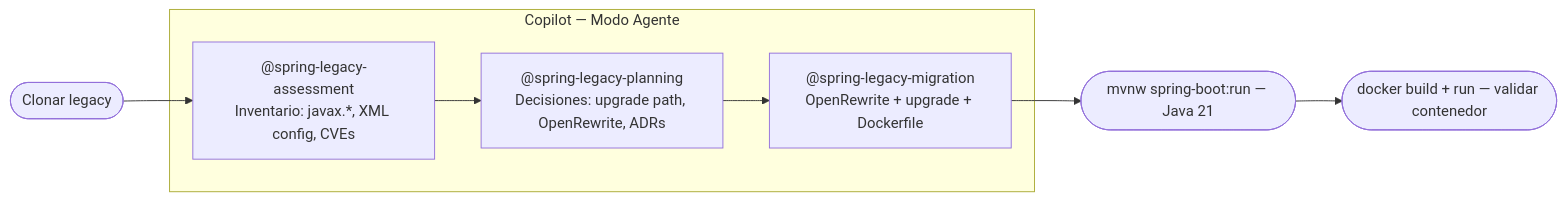
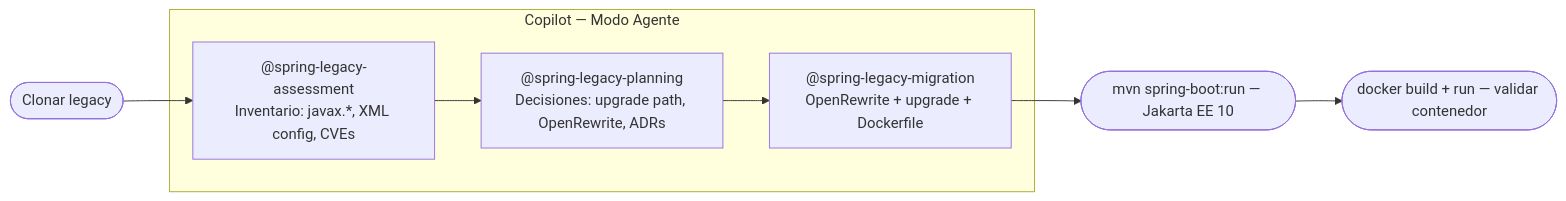
Before and after one commit to armandoblanco/workshop-copilot-modernizacion: the diagram in labs/lab-02-java/README.md, drawn with Mermaid. The commit also changed other lines of this file and 2 other files, not shown here.

Commit message:
feat(lab-02): cambiar a jakarta-ee/student-web-app (Java EE + Ant → Jakarta EE 10 + Maven)

````diff
--- a/labs/lab-02-java/README.md
+++ b/labs/lab-02-java/README.md
@@ -29,13 +29,13 @@
 ```mermaid
 flowchart LR
   A([Clonar legacy]) --> B
 
   subgraph AGENTES["Copilot — Modo Agente"]
     B["@spring-legacy-assessment\nInventario: javax.*, XML config, CVEs"] --> C
     C["@spring-legacy-planning\nDecisiones: upgrade path, OpenRewrite, ADRs"] --> D
     D["@spring-legacy-migration\nOpenRewrite + upgrade + Dockerfile"]
   end
 
-  D --> E([mvnw spring-boot:run — Java 21])
+  D --> E([mvn spring-boot:run — Jakarta EE 10])
   E --> F([docker build + run — validar contenedor])
 ```
````
